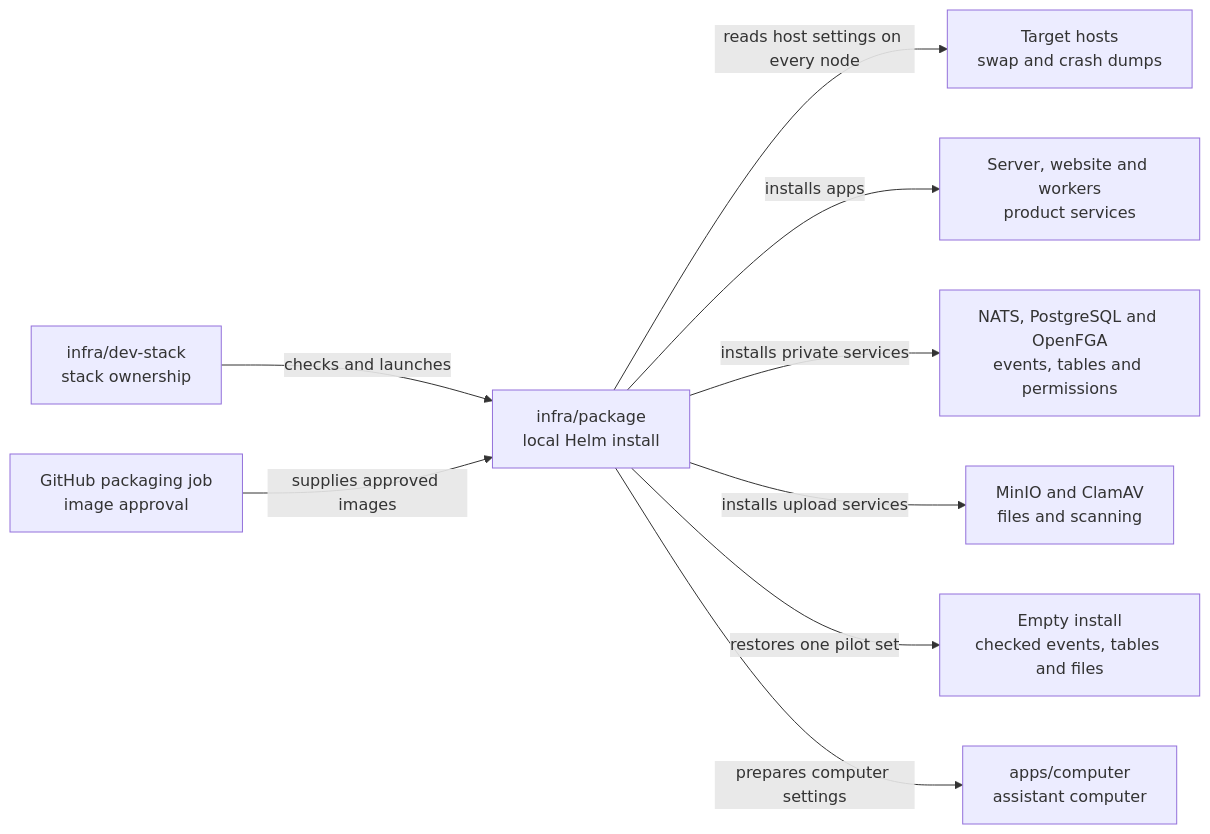
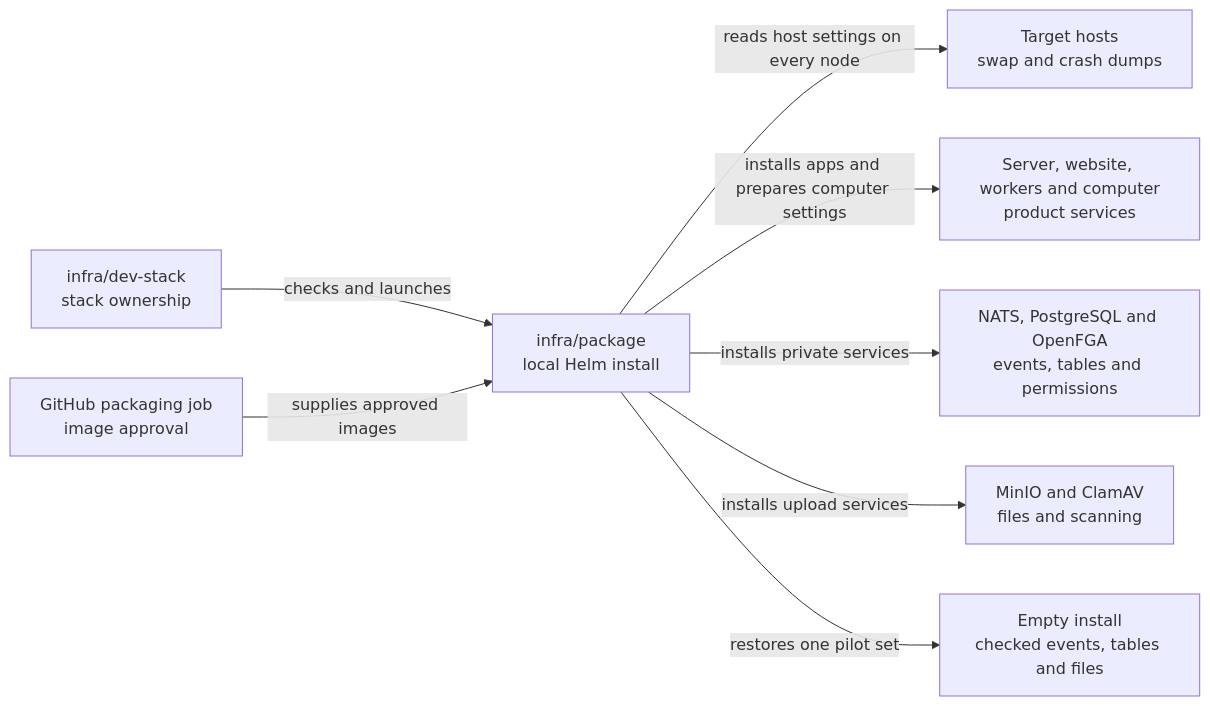
Before and after one commit to elewa-git/opencrane-new: the diagram in infra/package/README.md, drawn with Mermaid. The commit also changed 4 other files, not shown here.

````diff
--- a/infra/package/README.md
+++ b/infra/package/README.md
@@ -18,11 +18,10 @@
 ```mermaid
 flowchart LR
   stack["infra/dev-stack<br/>stack ownership"] -->|checks and launches| package["infra/package<br/>local Helm install"]
   packaging["GitHub packaging job<br/>image approval"] -->|supplies approved images| package
   package -->|reads host settings on every node| hosts["Target hosts<br/>swap and crash dumps"]
-  package -->|installs apps| apps["Server, website and workers<br/>product services"]
+  package -->|installs apps and prepares computer settings| apps["Server, website, workers and computer<br/>product services"]
   package -->|installs private services| services["NATS, PostgreSQL and OpenFGA<br/>events, tables and permissions"]
   package -->|installs upload services| files["MinIO and ClamAV<br/>files and scanning"]
   package -->|restores one pilot set| restore["Empty install<br/>checked events, tables and files"]
-  package -->|prepares computer settings| computer["apps/computer<br/>assistant computer"]
 ```
````
